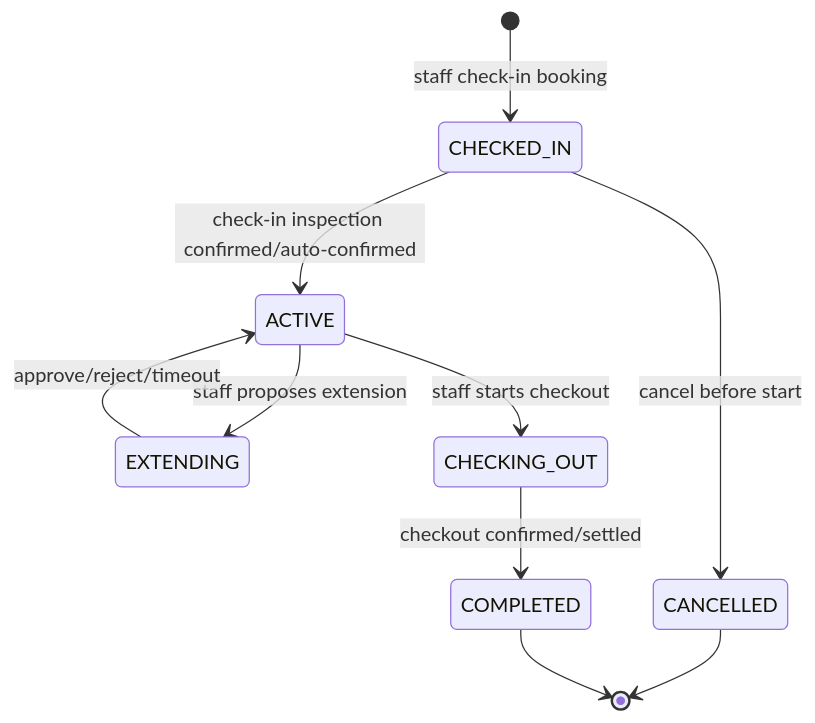
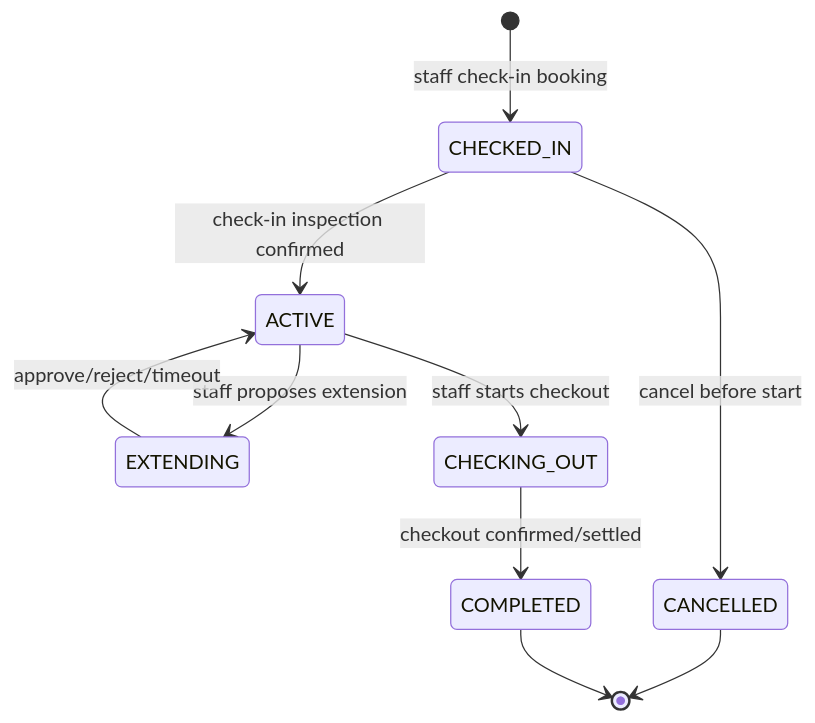
Before and after one commit to RCField-SEP490/rcfield-spec: the ninth of 9 diagrams in docs/spec/business-rules/BR-booking-lifecycle.md, drawn with Mermaid. The commit also changed other lines of this file and 59 other files, not shown here.

````diff
--- a/docs/spec/business-rules/BR-booking-lifecycle.md
+++ b/docs/spec/business-rules/BR-booking-lifecycle.md
@@ -542,12 +542,12 @@
 ```mermaid
 stateDiagram-v2
     [*] --> CHECKED_IN: staff check-in booking
-    CHECKED_IN --> ACTIVE: check-in inspection confirmed/auto-confirmed
+    CHECKED_IN --> ACTIVE: check-in inspection confirmed
     CHECKED_IN --> CANCELLED: cancel before start
     ACTIVE --> EXTENDING: staff proposes extension
     EXTENDING --> ACTIVE: approve/reject/timeout
     ACTIVE --> CHECKING_OUT: staff starts checkout
     CHECKING_OUT --> COMPLETED: checkout confirmed/settled
     CANCELLED --> [*]
     COMPLETED --> [*]
 ```
````
